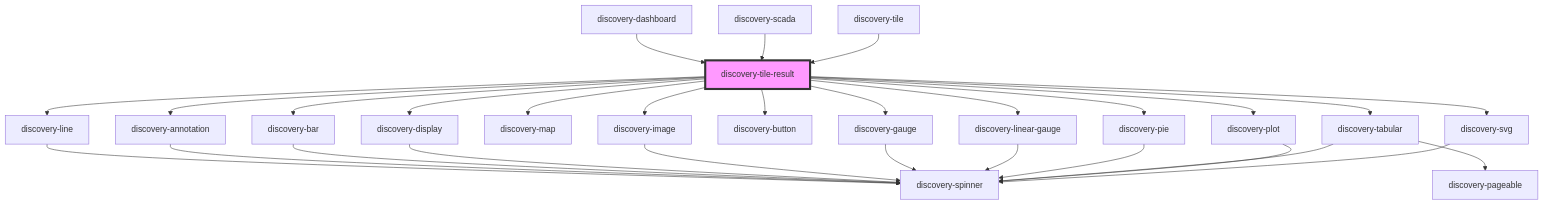
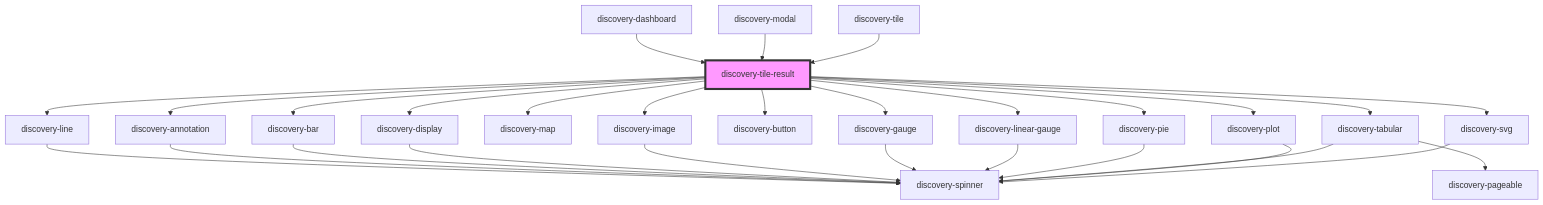
One commit to senx/discovery-widgets changed the diagram in src/components/discovery-tile-result/readme.md. Above: the diagram before and after it, drawn with Mermaid. The commit also changed other lines of this file and 4 other files, not shown here.

````diff
--- a/src/components/discovery-tile-result/readme.md
+++ b/src/components/discovery-tile-result/readme.md
@@ -56,32 +56,32 @@
 ```mermaid
 graph TD;
   discovery-tile-result --> discovery-line
   discovery-tile-result --> discovery-annotation
   discovery-tile-result --> discovery-bar
   discovery-tile-result --> discovery-display
   discovery-tile-result --> discovery-map
   discovery-tile-result --> discovery-image
   discovery-tile-result --> discovery-button
   discovery-tile-result --> discovery-gauge
   discovery-tile-result --> discovery-linear-gauge
   discovery-tile-result --> discovery-pie
   discovery-tile-result --> discovery-tabular
   discovery-tile-result --> discovery-plot
   discovery-tile-result --> discovery-svg
   discovery-line --> discovery-spinner
   discovery-annotation --> discovery-spinner
   discovery-bar --> discovery-spinner
   discovery-display --> discovery-spinner
   discovery-image --> discovery-spinner
   discovery-gauge --> discovery-spinner
   discovery-linear-gauge --> discovery-spinner
   discovery-pie --> discovery-spinner
   discovery-tabular --> discovery-spinner
   discovery-tabular --> discovery-pageable
   discovery-plot --> discovery-spinner
   discovery-svg --> discovery-spinner
   discovery-dashboard --> discovery-tile-result
-  discovery-scada --> discovery-tile-result
+  discovery-modal --> discovery-tile-result
   discovery-tile --> discovery-tile-result
   style discovery-tile-result fill:#f9f,stroke:#333,stroke-width:4px
 ```
````
